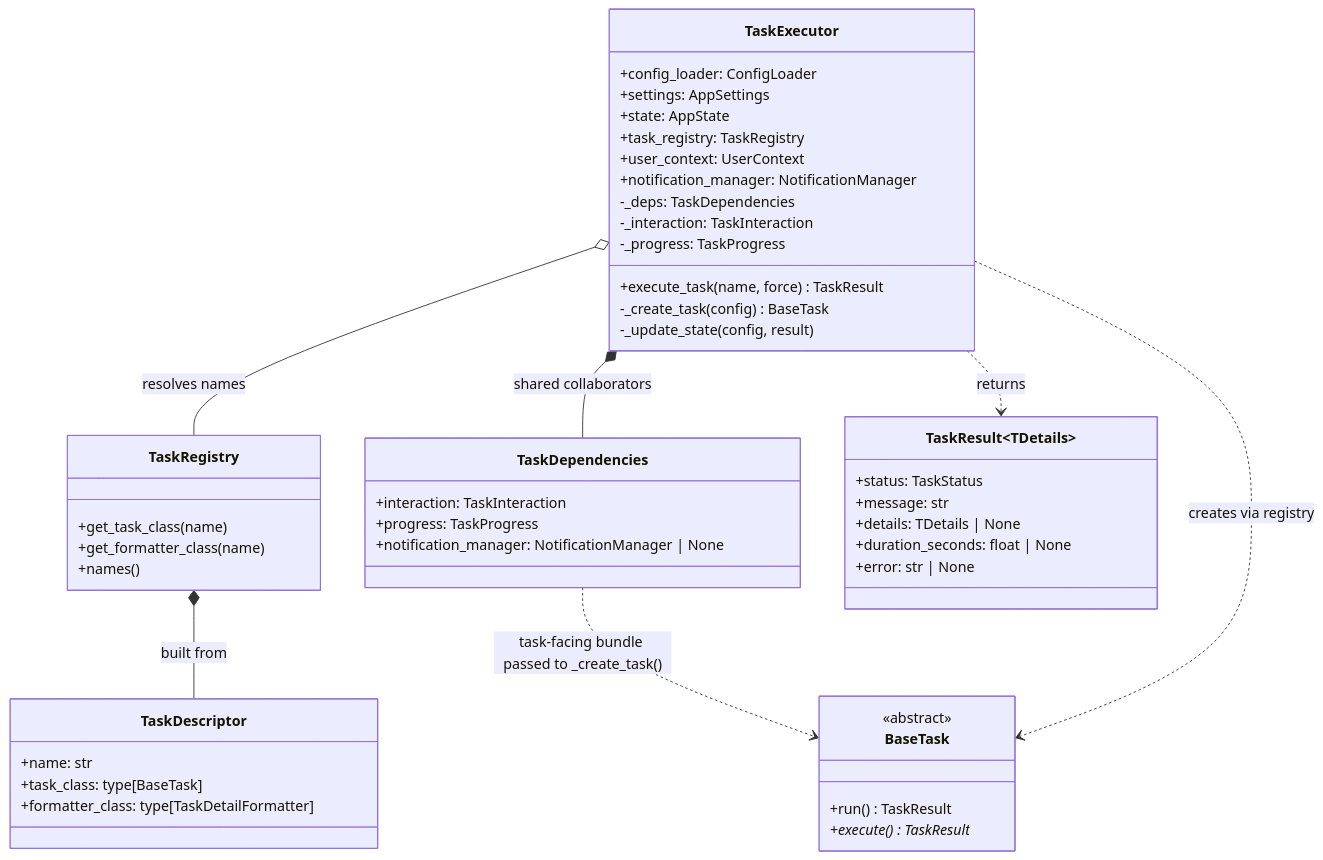
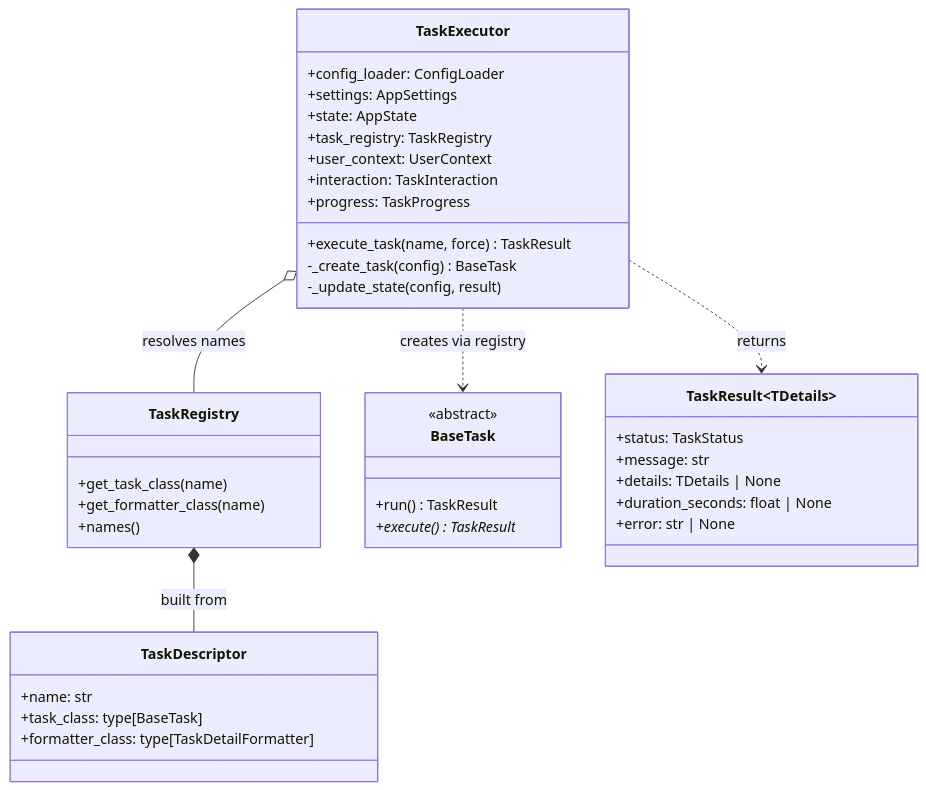
One commit to shayanmoosavi/archcare changed the second of 7 diagrams in docs/architecture/class-relationships.md. Above: the diagram before and after it, drawn with Mermaid. The commit also changed other lines of this file and 21 other files, not shown here.

Commit message:
Revert "Refactor/architecture refinement"

````diff
--- a/docs/architecture/class-relationships.md
+++ b/docs/architecture/class-relationships.md
@@ -61,56 +57,46 @@
 ```mermaid
 classDiagram
     class TaskExecutor {
         +config_loader: ConfigLoader
         +settings: AppSettings
         +state: AppState
         +task_registry: TaskRegistry
         +user_context: UserContext
-        +notification_manager: NotificationManager
-        -_deps: TaskDependencies
-        -_interaction: TaskInteraction
-        -_progress: TaskProgress
+        +interaction: TaskInteraction
+        +progress: TaskProgress
         +execute_task(name, force) TaskResult
         -_create_task(config) BaseTask
         -_update_state(config, result)
-    }
-
-    class TaskDependencies {
-        +interaction: TaskInteraction
-        +progress: TaskProgress
-        +notification_manager: NotificationManager | None
     }
 
     class TaskRegistry {
         +get_task_class(name)
         +get_formatter_class(name)
         +names()
     }
 
     class TaskDescriptor {
         +name: str
         +task_class: type[BaseTask]
         +formatter_class: type[TaskDetailFormatter]
     }
 
     class BaseTask {
         <<abstract>>
         +run() TaskResult
         +execute()* TaskResult
     }
 
     class TaskResult~TDetails~ {
         +status: TaskStatus
         +message: str
         +details: TDetails | None
         +duration_seconds: float | None
         +error: str | None
     }
 
     TaskExecutor o-- TaskRegistry : resolves names
     TaskRegistry *-- TaskDescriptor : built from
-    TaskExecutor *-- TaskDependencies : shared collaborators
-    TaskDependencies ..> BaseTask : task-facing bundle passed to _create_task()
     TaskExecutor ..> BaseTask : creates via registry
     TaskExecutor ..> TaskResult : returns
 ```
````
